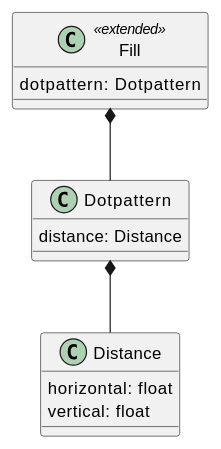
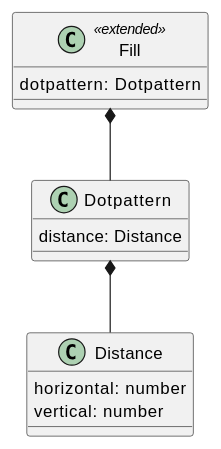
One commit to opengeospatial/cartographic-symbology changed the second of 3 diagrams in 1-core/sections/clause_12_advanced_fills.adoc. Above: the diagram before and after it, drawn with PlantUML. The commit also changed other lines of this file and 16 other files, not shown here.

```diff
--- a/1-core/sections/clause_12_advanced_fills.adoc
+++ b/1-core/sections/clause_12_advanced_fills.adoc
@@ -38,14 +38,14 @@
 [plantuml, target=diagram-classes, format=png]
 ....
 @startuml
 class Fill <<extended>>
 Fill : dotpattern: Dotpattern
 Fill *-- Dotpattern
 
 Dotpattern : distance: Distance
 Dotpattern *-- Distance
 
-Distance : horizontal: float
-Distance : vertical: float
+Distance : horizontal: number
+Distance : vertical: number
 @enduml
 ....
```
